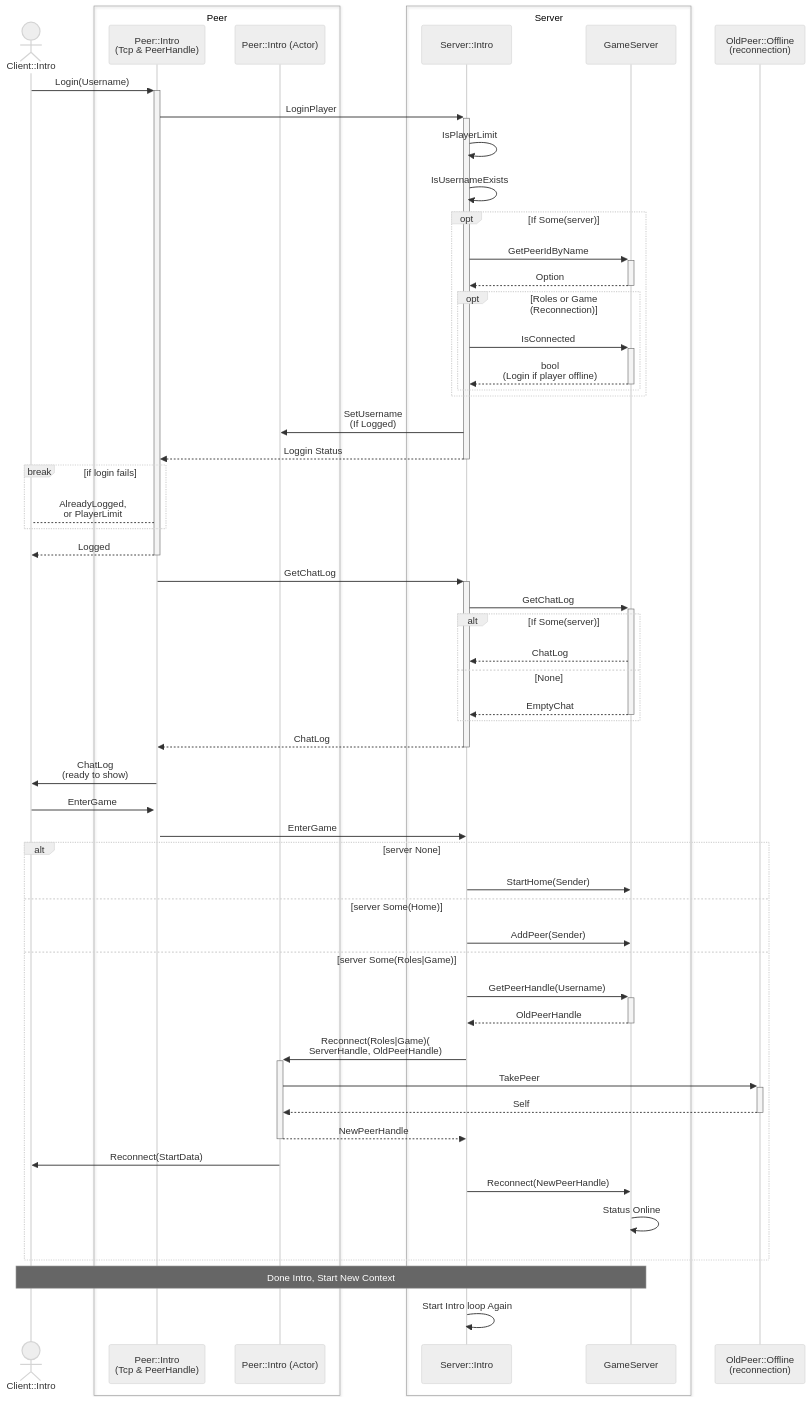
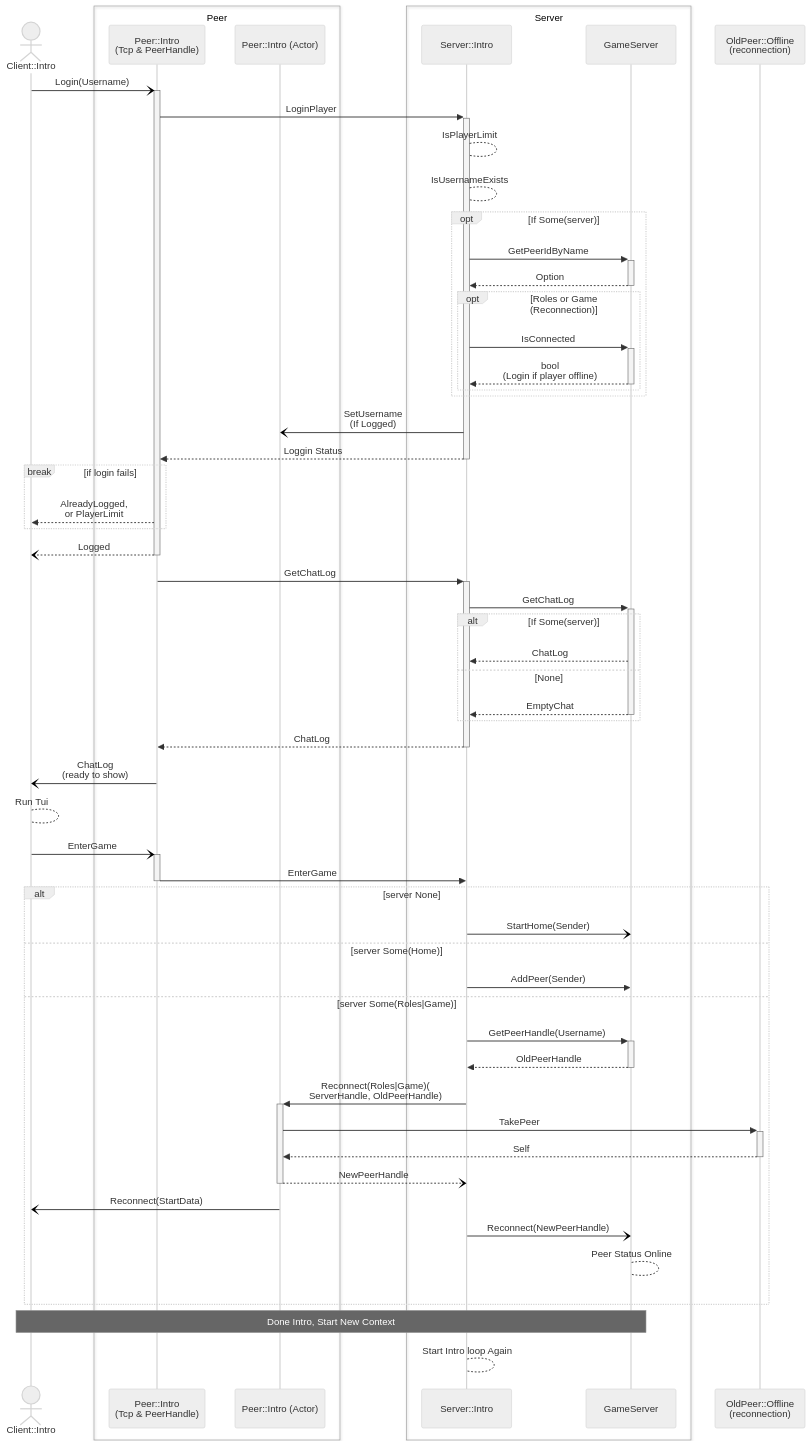
The diagram in README.md (39555/kobuleti), drawn with Mermaid (neutral theme) before and after one commit.

Commit message:
docs: upd mermaid for intro

````diff
--- a/README.md
+++ b/README.md
@@ -10,70 +10,70 @@
 ```mermaid
 sequenceDiagram
     actor C as Client::Intro
     box Peer
         participant PC as Peer::Intro<br/>(Tcp & PeerHandle)
         participant P as Peer::Intro (Actor)
     end
     box Server
     participant I as Server::Intro
     participant S as GameServer
     end
-    C->>+PC: Login(Username)
+    C-)+PC: Login(Username)
     PC->>+I: LoginPlayer
-    I->>I:  IsPlayerLimit
-    I->>I:  IsUsernameExists
+    I-->I:  IsPlayerLimit
+    I-->I:  IsUsernameExists
     opt If Some(server)
     I->>+S: GetPeerIdByName
     S-->>-I: Option
     
     opt Roles or Game (Reconnection)
     I->>+S:  IsConnected
     S-->>-I: bool<br/>(Login if player offline)
     end
     end
 
-    I->>P: SetUsername<br/>(If Logged)
+    I-)P: SetUsername<br/>(If Logged)
 
     I-->>-PC: Loggin Status
 
     break if login fails
-        PC-->C: AlreadyLogged,<br/> or PlayerLimit
+        PC-->>C: AlreadyLogged,<br/> or PlayerLimit
     end
 
 
-    PC-->>-C: Logged
+    PC--)-C: Logged
     PC->>+I: GetChatLog
     I->>+S: GetChatLog
     alt If Some(server)
         S-->>I: ChatLog
     else  None
         S-->>-I: EmptyChat
     end
     I-->>-PC: ChatLog
-    PC->>C: ChatLog<br/>(ready to show)
-    
-    C ->>+PC: EnterGame
+    PC-)C: ChatLog<br/>(ready to show)
+    C-->C: Run Tui
+    C -)+PC: EnterGame
     # end Intro
-    PC->>I: EnterGame
+    PC->>-I: EnterGame
     alt server None
-    I->>S: StartHome(Sender)
+    I-)S: StartHome(Sender)
     else server Some(Home)
     I->>S: AddPeer(Sender)
     else server Some(Roles|Game)
     I->>+S: GetPeerHandle(Username)
     S-->>-I: OldPeerHandle
     participant PS as OldPeer::Offline<br/>(reconnection)
     I->>+P: Reconnect(Roles|Game)(<br/>ServerHandle, OldPeerHandle)
     P->>+PS: TakePeer
     PS-->>-P: Self
     # destroy Ps
-    P-->>-I: NewPeerHandle
-    P->>C: Reconnect(StartData)
-    I->>S: Reconnect(NewPeerHandle)
-    S->>S: Status Online
+    P--)-I: NewPeerHandle
+    P-)C: Reconnect(StartData)
+    I-)S: Reconnect(NewPeerHandle)
+    S-->S: Peer Status Online
     end
     Note over C, S: Done Intro, Start New Context
-    I->>I: Start Intro loop Again
+    I-->I: Start Intro loop Again
     
     
 ```
````
